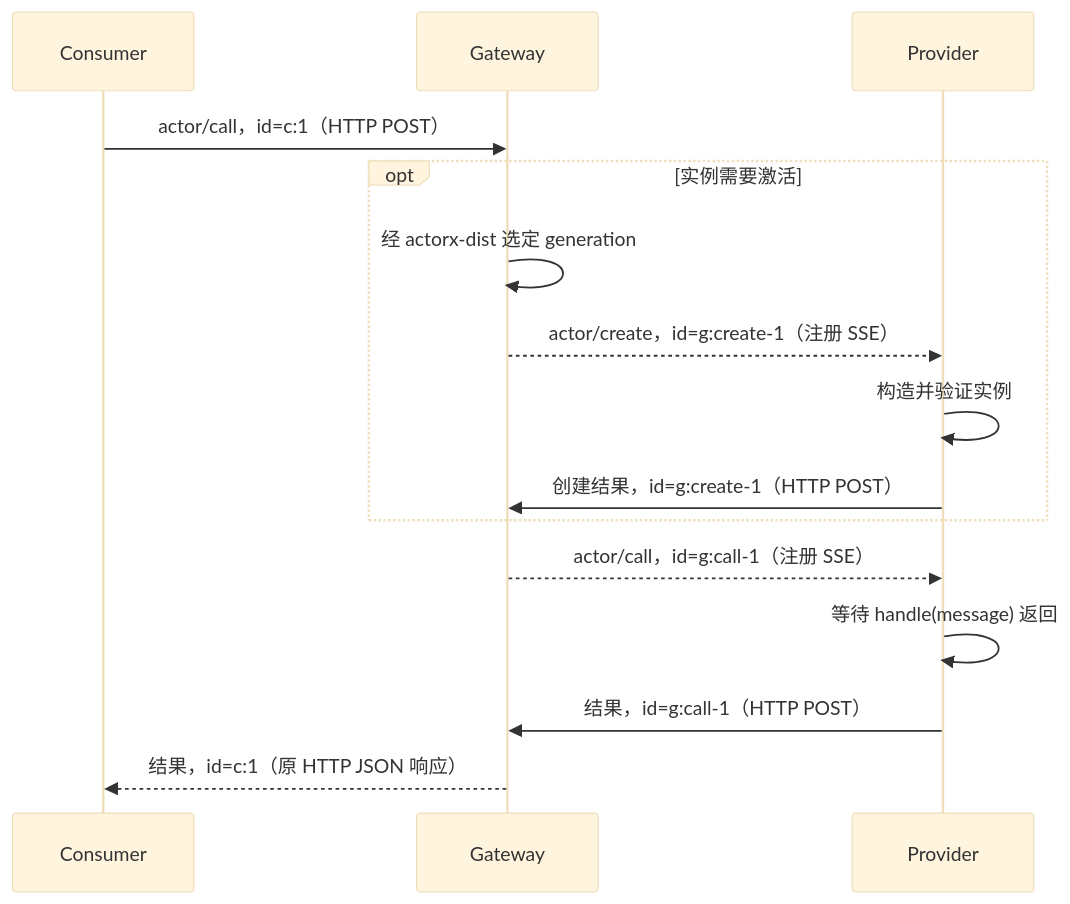
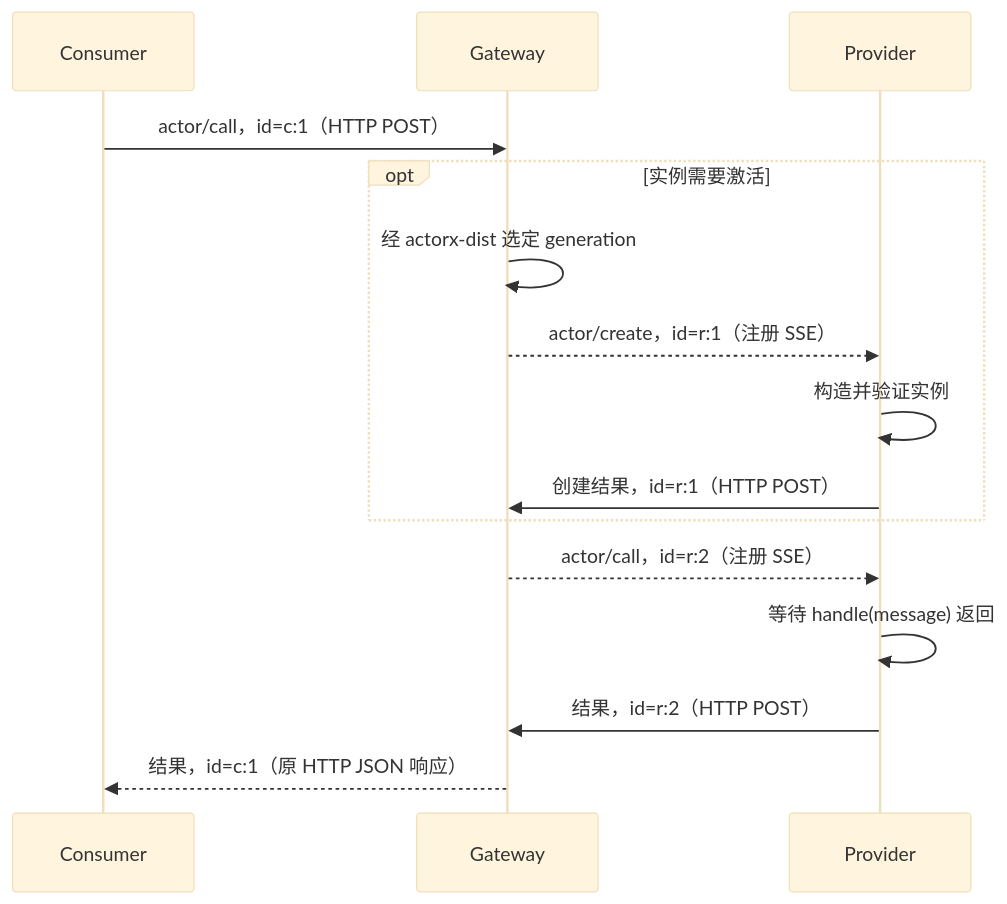
One commit to go-aie/actorx-dist changed the second of 4 diagrams in remote/docs/protocol.zh.md. Above: the diagram before and after it, drawn with Mermaid (base theme). The commit also changed other lines of this file and 29 other files, not shown here.

````diff
--- a/remote/docs/protocol.zh.md
+++ b/remote/docs/protocol.zh.md
@@ -189,17 +189,17 @@
 ```mermaid
 sequenceDiagram
     participant C as Consumer
     participant G as Gateway
     participant P as Provider
     C->>G: actor/call，id=c:1（HTTP POST）
     opt 实例需要激活
         G->>G: 经 actorx-dist 选定 generation
-        G-->>P: actor/create，id=g:create-1（注册 SSE）
+        G-->>P: actor/create，id=r:1（注册 SSE）
         P->>P: 构造并验证实例
-        P->>G: 创建结果，id=g:create-1（HTTP POST）
+        P->>G: 创建结果，id=r:1（HTTP POST）
     end
-    G-->>P: actor/call，id=g:call-1（注册 SSE）
+    G-->>P: actor/call，id=r:2（注册 SSE）
     P->>P: 等待 handle(message) 返回
-    P->>G: 结果，id=g:call-1（HTTP POST）
+    P->>G: 结果，id=r:2（HTTP POST）
     G-->>C: 结果，id=c:1（原 HTTP JSON 响应）
 ```
````
